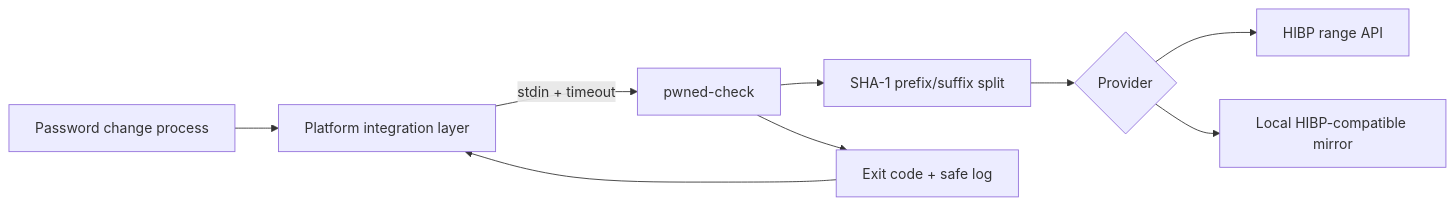
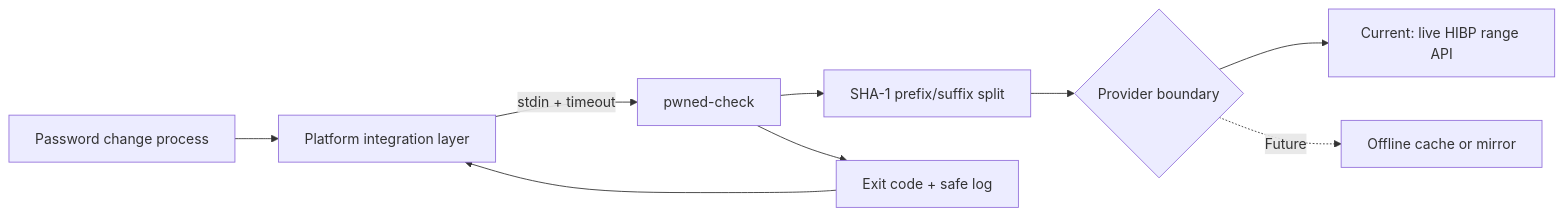
Before and after one commit to phillipmcmahon/pwned-check: the diagram in docs/development-architecture.md, drawn with Mermaid. The commit also changed other lines of this file and 8 other files, not shown here.

Commit message:
Align release roadmap with live HIBP scope

````diff
--- a/docs/development-architecture.md
+++ b/docs/development-architecture.md
@@ -51,11 +51,11 @@
 ```mermaid
 flowchart LR
     OS["Password change process"] --> Hook["Platform integration layer"]
     Hook -->|stdin + timeout| CLI["pwned-check"]
     CLI --> Hash["SHA-1 prefix/suffix split"]
-    Hash --> Provider{"Provider"}
-    Provider --> HIBP["HIBP range API"]
-    Provider --> Local["Local HIBP-compatible mirror"]
+    Hash --> Provider{"Provider boundary"}
+    Provider --> HIBP["Current: live HIBP range API"]
+    Provider -. "Future" .-> Offline["Offline cache or mirror"]
     CLI --> Result["Exit code + safe log"]
     Result --> Hook
 ```
````
